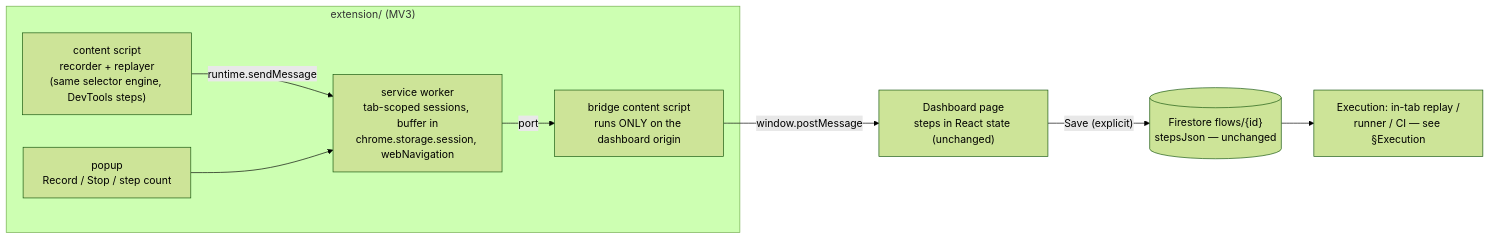
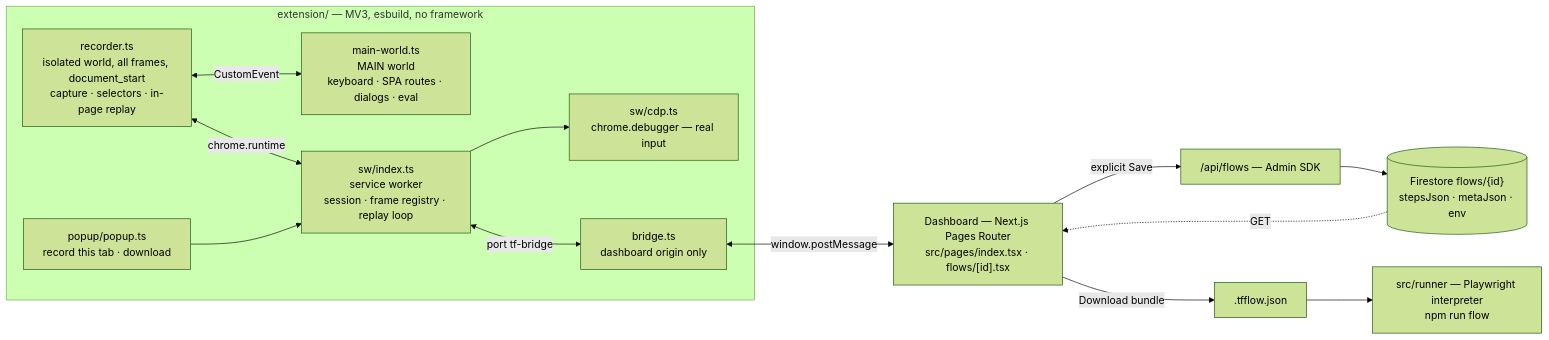
One commit to Biprodeep12/testflow changed the first of 2 diagrams in ARCHITECTURE.md. Above: the diagram before and after it, drawn with Mermaid (forest theme). The commit also changed other lines of this file and 9 other files, not shown here.

````diff
--- a/ARCHITECTURE.md
+++ b/ARCHITECTURE.md
@@ -16,15 +39,23 @@
 ```mermaid
 flowchart LR
-    subgraph EXT["extension/ (MV3)"]
-        CS["content script<br/>recorder + replayer<br/>(same selector engine, DevTools steps)"]
-        SW["service worker<br/>tab-scoped sessions, buffer in<br/>chrome.storage.session, webNavigation"]
-        PU["popup<br/>Record / Stop / step count"]
-        BR["bridge content script<br/>runs ONLY on the dashboard origin"]
-        CS -- runtime.sendMessage --> SW
+    subgraph EXT["extension/ — MV3, esbuild, no framework"]
+        REC["recorder.ts<br/>isolated world, all frames, document_start<br/>capture · selectors · in-page replay"]
+        MW["main-world.ts<br/>MAIN world<br/>keyboard · SPA routes · dialogs · eval"]
+        SW["sw/index.ts<br/>service worker<br/>session · frame registry · replay loop"]
+        CDP["sw/cdp.ts<br/>chrome.debugger — real input"]
+        PU["popup/popup.ts<br/>record this tab · download"]
+        BR["bridge.ts<br/>dashboard origin only"]
+        REC <-->|CustomEvent| MW
+        REC <-->|chrome.runtime| SW
+        SW --> CDP
         PU --> SW
-        SW -- port --> BR
+        SW <-->|port tf-bridge| BR
     end
-    BR -- window.postMessage --> D["Dashboard page<br/>steps in React state (unchanged)"]
-    D -- "Save (explicit)" --> FS[("Firestore flows/{id}<br/>stepsJson — unchanged")]
-    FS --> RUN["Execution: in-tab replay /<br/>runner / CI — see §Execution"]
+
+    BR <-->|window.postMessage| D["Dashboard — Next.js Pages Router<br/>src/pages/index.tsx · flows/[id].tsx"]
+    D -->|explicit Save| API["/api/flows — Admin SDK"]
+    API --> FS[("Firestore flows/{id}<br/>stepsJson · metaJson · env")]
+    D -->|Download bundle| FILE[".tfflow.json"]
+    FILE --> RUN["src/runner — Playwright interpreter<br/>npm run flow"]
+    FS -.->|GET| D
 ```
````
